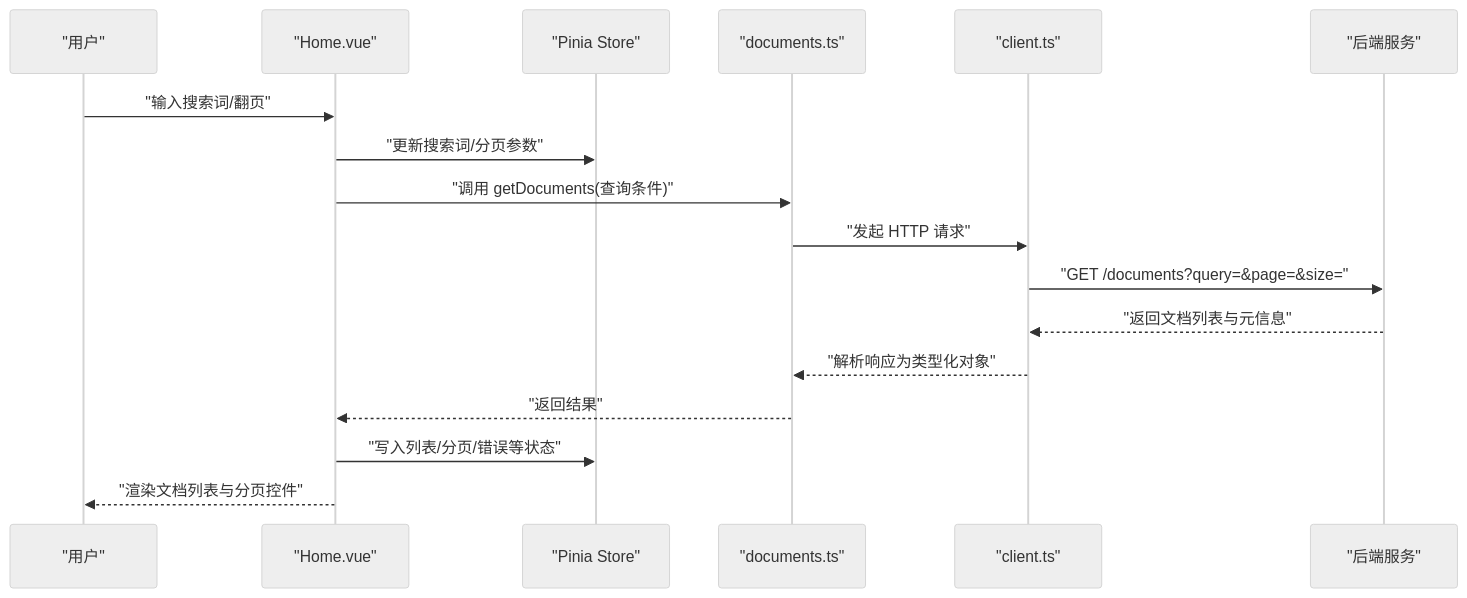
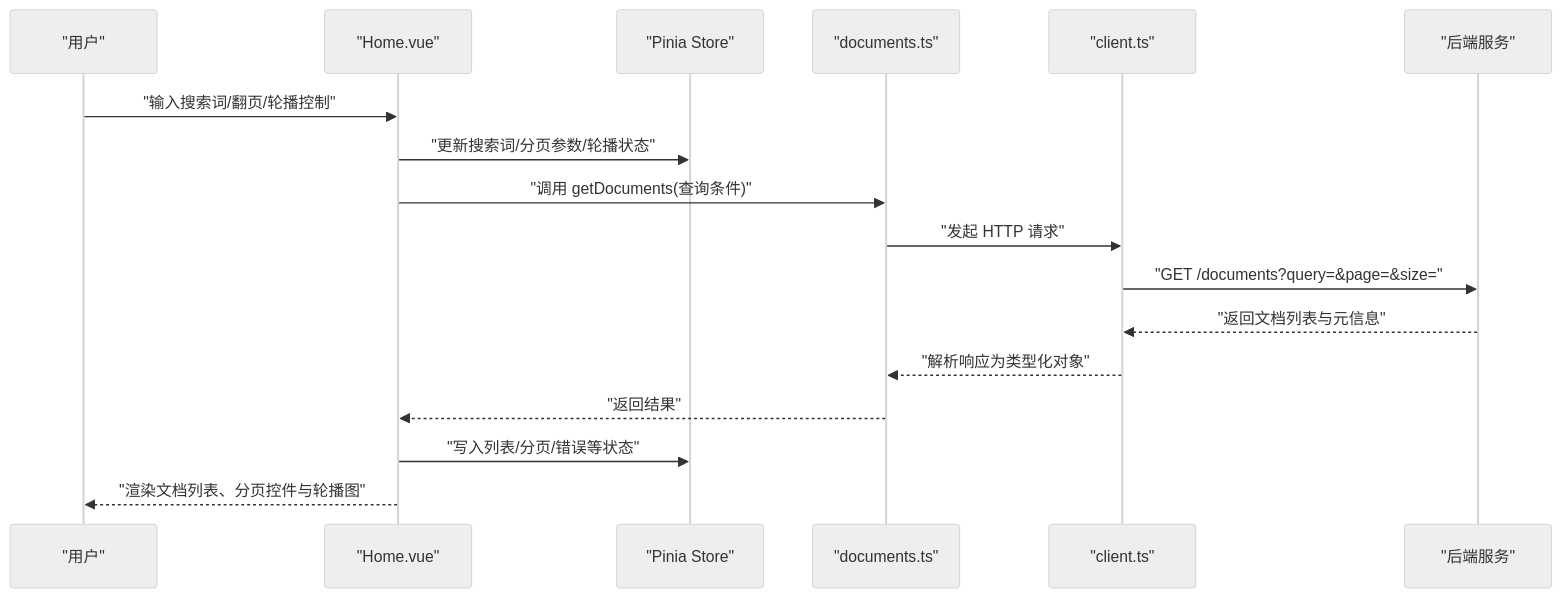
Before and after one commit to lcy123lcy/markdown-lcy: the second of 3 diagrams in .qoder/repowiki/zh/content/组件库/页面组件/首页组件.md, drawn with Mermaid (neutral theme). The commit also changed other lines of this file and 8 other files, not shown here.

````diff
--- a/.qoder/repowiki/zh/content/组件库/页面组件/首页组件.md
+++ b/.qoder/repowiki/zh/content/组件库/页面组件/首页组件.md
@@ -85,19 +96,19 @@
 ```mermaid
 sequenceDiagram
 participant U as "用户"
 participant V as "Home.vue"
 participant S as "Pinia Store"
 participant A as "documents.ts"
 participant C as "client.ts"
 participant R as "后端服务"
-U->>V : "输入搜索词/翻页"
-V->>S : "更新搜索词/分页参数"
+U->>V : "输入搜索词/翻页/轮播控制"
+V->>S : "更新搜索词/分页参数/轮播状态"
 V->>A : "调用 getDocuments(查询条件)"
 A->>C : "发起 HTTP 请求"
 C->>R : "GET /documents?query=&page=&size="
 R-->>C : "返回文档列表与元信息"
 C-->>A : "解析响应为类型化对象"
 A-->>V : "返回结果"
 V->>S : "写入列表/分页/错误等状态"
-V-->>U : "渲染文档列表与分页控件"
+V-->>U : "渲染文档列表、分页控件与轮播图"
 ```
````
